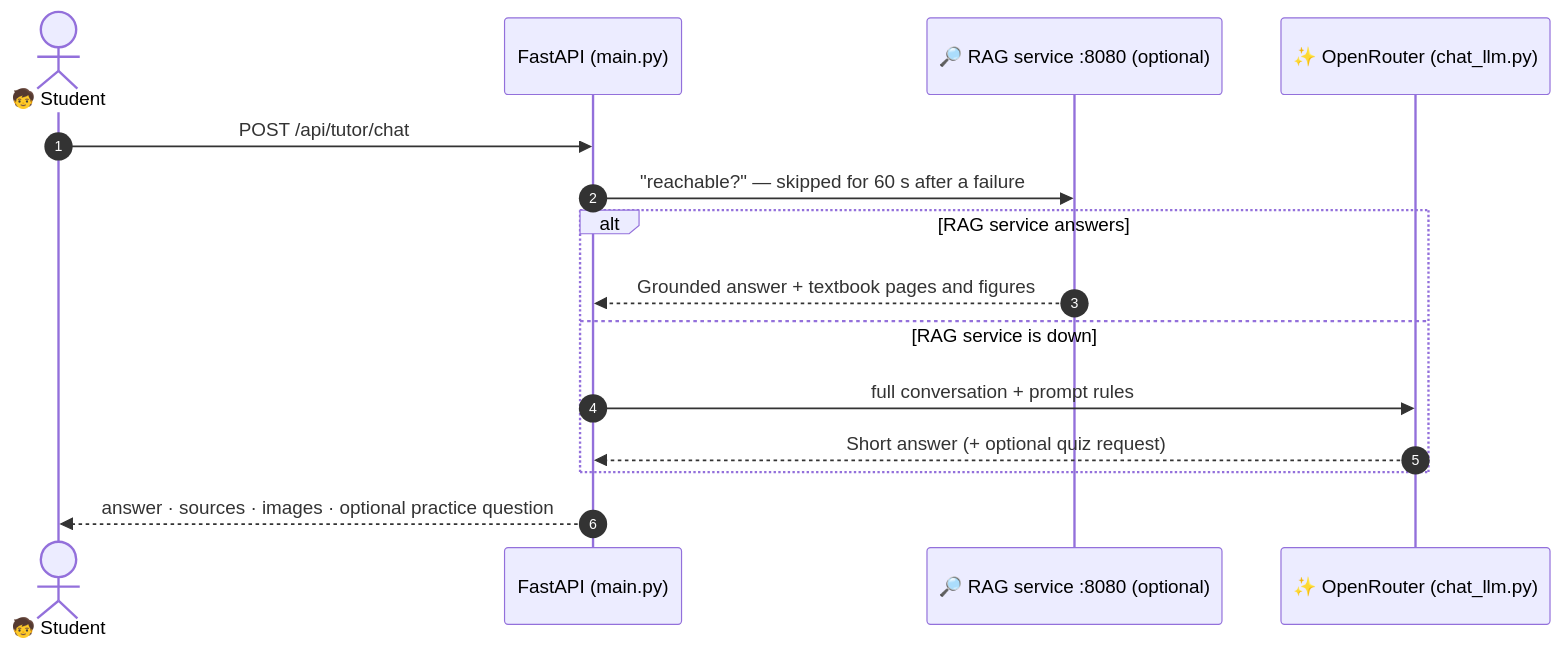
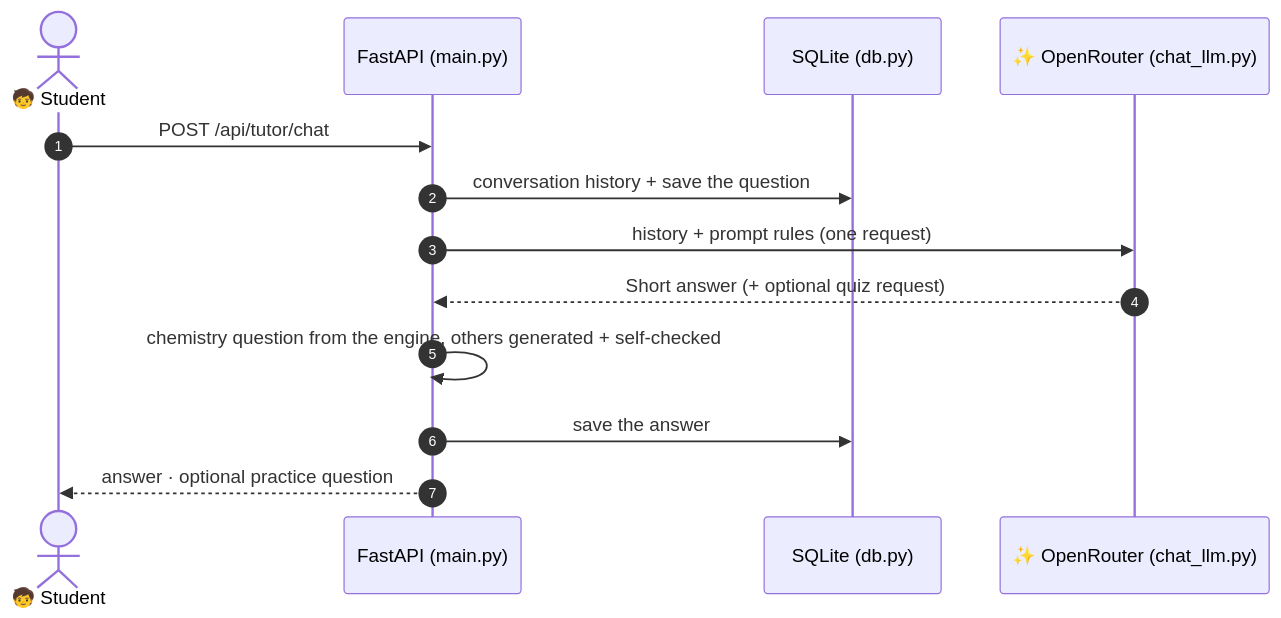
One commit to RezaurRahman47/SchoolHack changed the fifth of 6 diagrams in docs/technical-flow.md. Above: the diagram before and after it, drawn with Mermaid. The commit also changed other lines of this file and 11 other files, not shown here.

````diff
--- a/docs/technical-flow.md
+++ b/docs/technical-flow.md
@@ -155,18 +155,16 @@
 ```mermaid
 sequenceDiagram
     autonumber
     actor S as 🧒 Student
     participant API as FastAPI (main.py)
-    participant R as 🔎 RAG service :8080 (optional)
+    participant DB as SQLite (db.py)
     participant M as ✨ OpenRouter (chat_llm.py)
 
     S->>API: POST /api/tutor/chat
-    API->>R: "reachable?" — skipped for 60 s after a failure
-    alt RAG service answers
-        R-->>API: Grounded answer + textbook pages and figures
-    else RAG service is down
-        API->>M: full conversation + prompt rules
-        M-->>API: Short answer (+ optional quiz request)
-    end
-    API-->>S: answer · sources · images · optional practice question
+    API->>DB: conversation history + save the question
+    API->>M: history + prompt rules (one request)
+    M-->>API: Short answer (+ optional quiz request)
+    API->>API: chemistry question from the engine, others generated + self-checked
+    API->>DB: save the answer
+    API-->>S: answer · optional practice question
 ```
````
